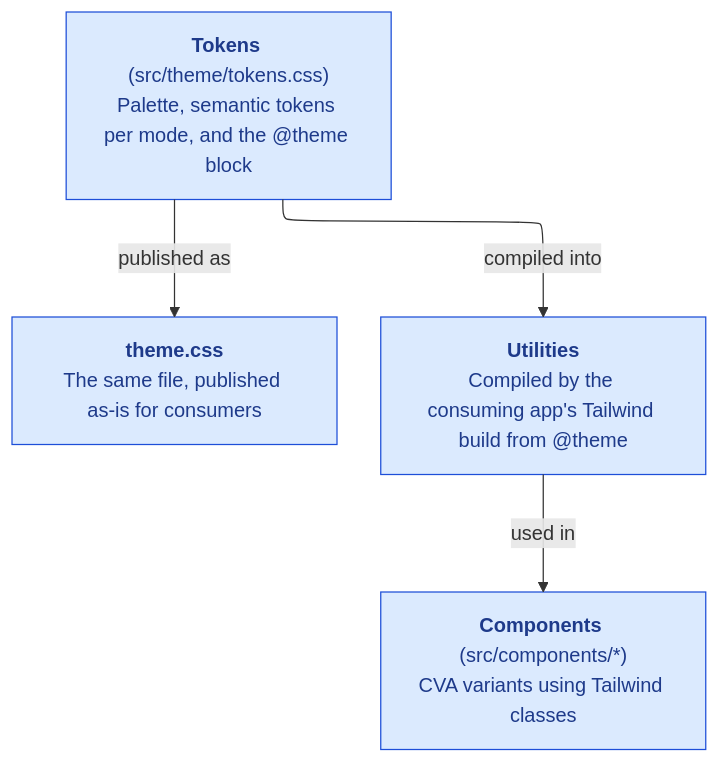
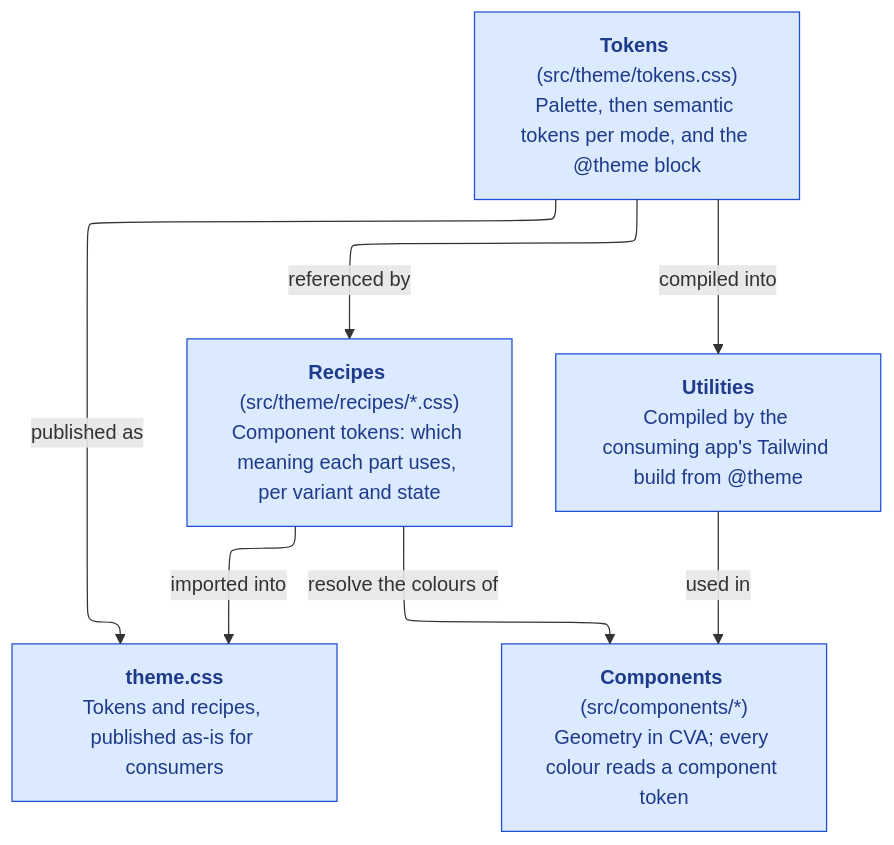
Before and after one commit to sixthshift/design-system: the diagram in docs/design-tokens.md, drawn with Mermaid. The commit also changed other lines of this file and 91 other files, not shown here.

````diff
--- a/docs/design-tokens.md
+++ b/docs/design-tokens.md
@@ -14,18 +14,22 @@
 ```mermaid
 ---
 config:
   layout: elk
 ---
 flowchart TB
-    Tokens["<b>Tokens</b> (src/theme/tokens.css)<br/>Palette, semantic tokens per mode, and the @theme block"]
-    CSS["<b>theme.css</b><br/>The same file, published as-is for consumers"]
+    Tokens["<b>Tokens</b> (src/theme/tokens.css)<br/>Palette, then semantic tokens per mode, and the @theme block"]
+    Recipes["<b>Recipes</b> (src/theme/recipes/*.css)<br/>Component tokens: which meaning each part uses, per variant and state"]
+    CSS["<b>theme.css</b><br/>Tokens and recipes, published as-is for consumers"]
     Utilities["<b>Utilities</b><br/>Compiled by the consuming app's Tailwind build from @theme"]
-    Components["<b>Components</b> (src/components/*)<br/>CVA variants using Tailwind classes"]
+    Components["<b>Components</b> (src/components/*)<br/>Geometry in CVA; every colour reads a component token"]
 
+    Tokens -->|referenced by| Recipes
     Tokens -->|published as| CSS
+    Recipes -->|imported into| CSS
     Tokens -->|compiled into| Utilities
     Utilities -->|used in| Components
+    Recipes -->|resolve the colours of| Components
 
     classDef engine fill:#dbeafe,stroke:#1d4ed8,color:#1e3a8a
-    class Tokens,CSS,Utilities,Components engine
+    class Tokens,Recipes,CSS,Utilities,Components engine
 ```
````
